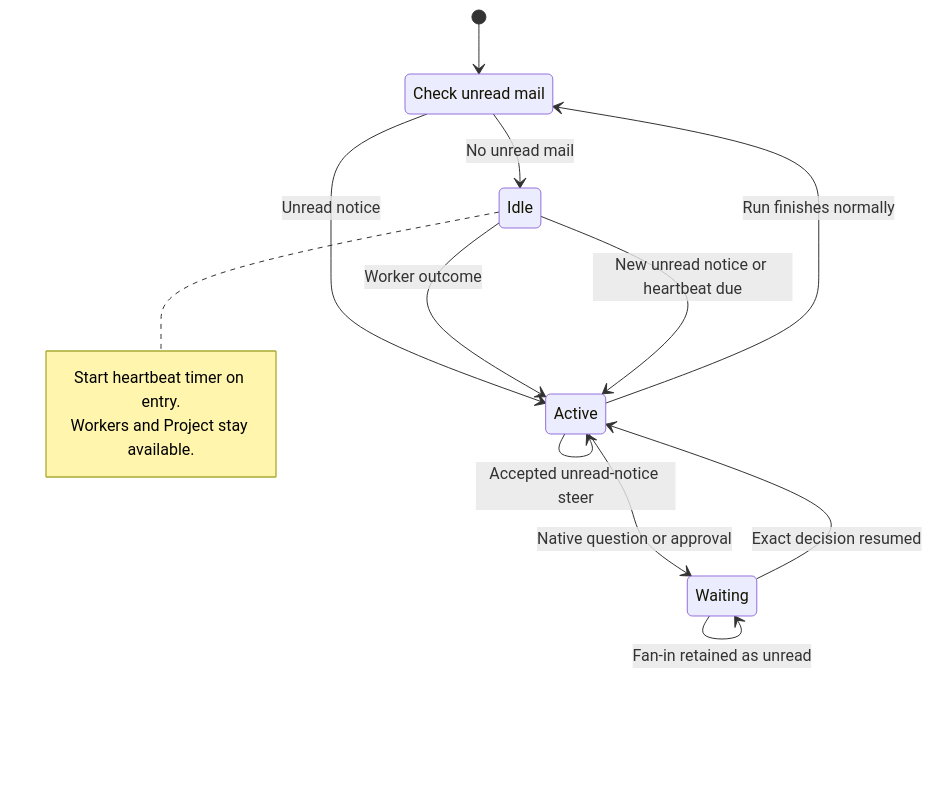
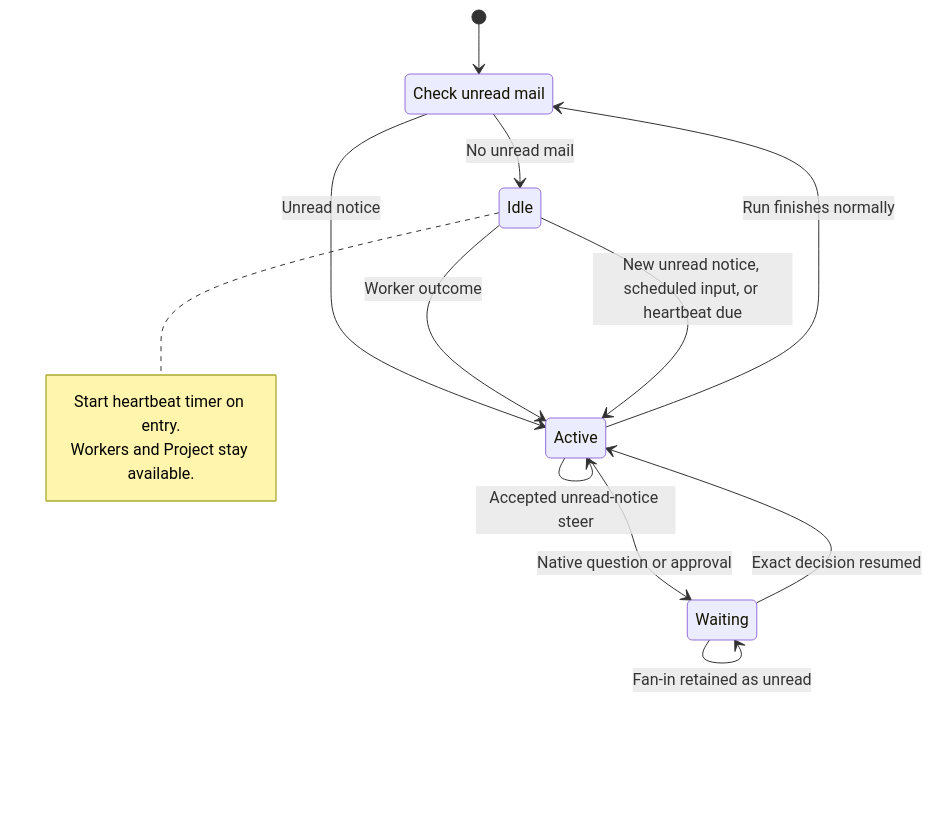
The diagram in spec/02-main-thread.md (Wh1isper/a13n-claw), drawn with Mermaid before and after one commit. The commit also changed other lines of this file and 6 other files, not shown here.

````diff
--- a/spec/02-main-thread.md
+++ b/spec/02-main-thread.md
@@ -19,18 +32,18 @@
 ```mermaid
 stateDiagram-v2
     [*] --> CheckInbox
     state "Check unread mail" as CheckInbox
     CheckInbox --> Active: Unread notice
     CheckInbox --> Idle: No unread mail
     Active --> Active: Accepted unread-notice steer
     Active --> Waiting: Native question or approval
     Waiting --> Waiting: Fan-in retained as unread
     Waiting --> Active: Exact decision resumed
     Active --> CheckInbox: Run finishes normally
     Idle --> Active: Worker outcome
-    Idle --> Active: New unread notice or heartbeat due
+    Idle --> Active: New unread notice, scheduled input, or heartbeat due
     note right of Idle
         Start heartbeat timer on entry.
         Workers and Project stay available.
     end note
 ```
````
